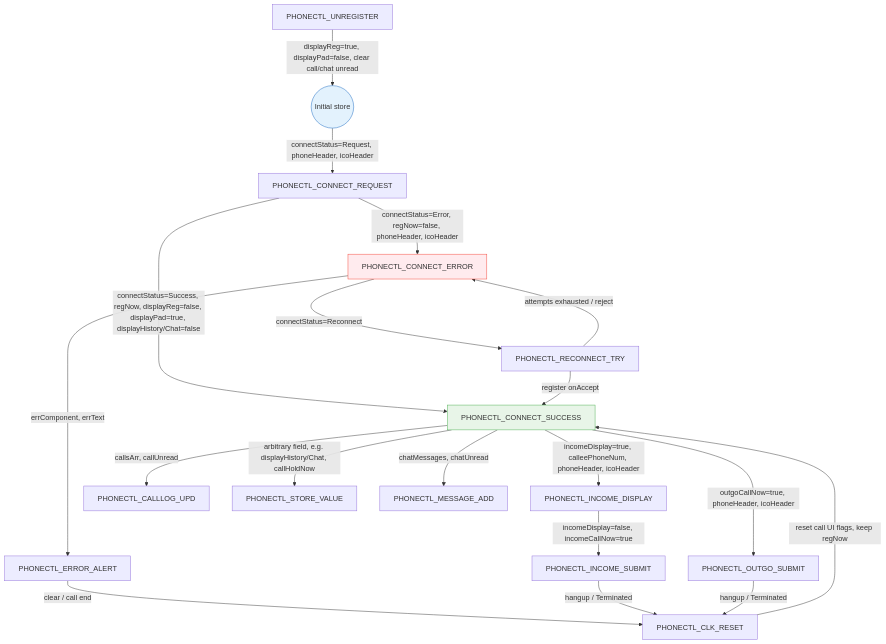
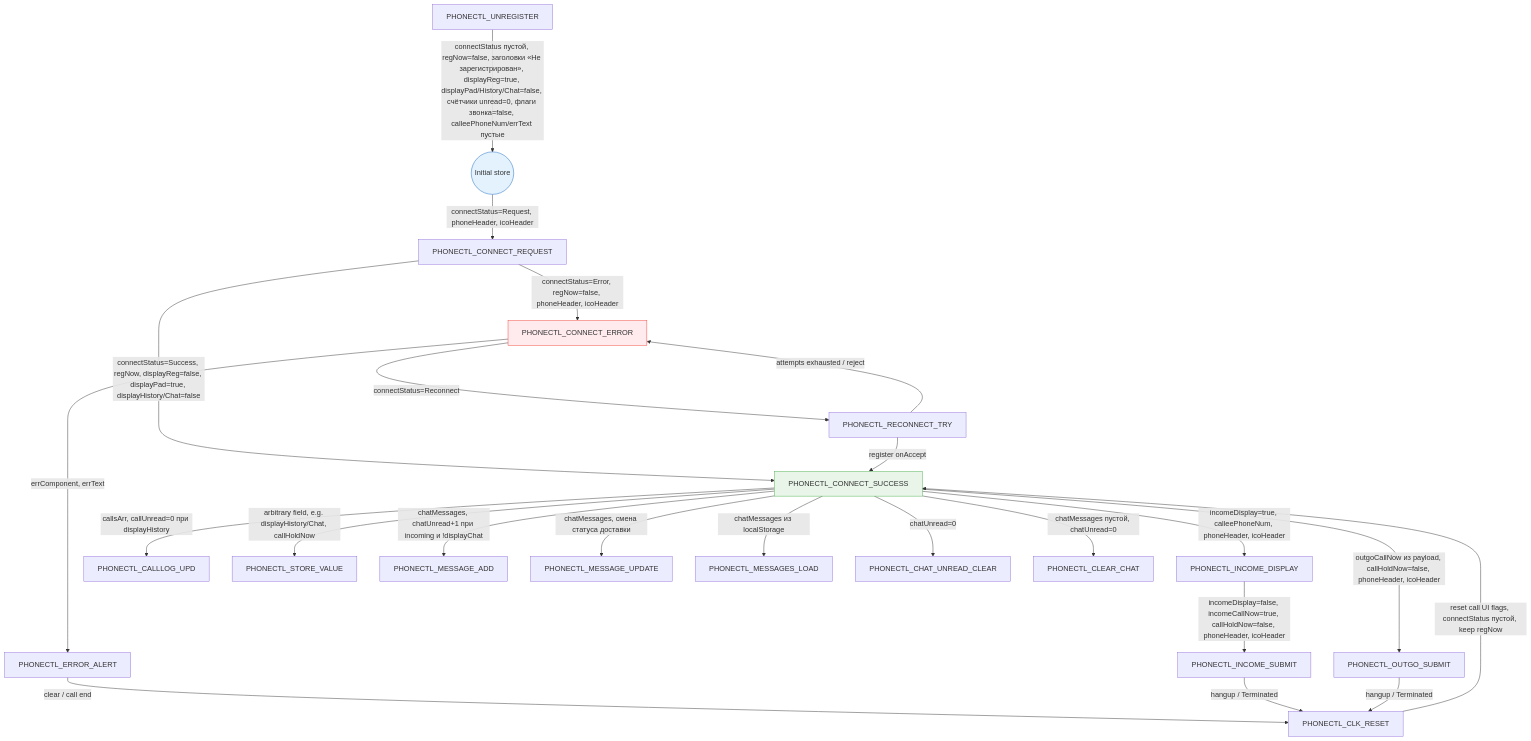
The second of 9 diagrams in docs/STATE.md (ars-anosov/sipjs-react), drawn with Mermaid before and after one commit. The commit also changed other lines of this file and 13 other files, not shown here.

````diff
--- a/docs/STATE.md
+++ b/docs/STATE.md
@@ -36,44 +42,52 @@
 ```mermaid
 flowchart TD
   Init@{ shape: circle, label: "Initial store" }
   CR[PHONECTL_CONNECT_REQUEST]
   CS[PHONECTL_CONNECT_SUCCESS]
   CE[PHONECTL_CONNECT_ERROR]
   RC[PHONECTL_RECONNECT_TRY]
   UN[PHONECTL_UNREGISTER]
   RS[PHONECTL_CLK_RESET]
   ID[PHONECTL_INCOME_DISPLAY]
   IS[PHONECTL_INCOME_SUBMIT]
   OS[PHONECTL_OUTGO_SUBMIT]
   CL[PHONECTL_CALLLOG_UPD]
   SV[PHONECTL_STORE_VALUE]
   EA[PHONECTL_ERROR_ALERT]
   MA[PHONECTL_MESSAGE_ADD]
+  MU[PHONECTL_MESSAGE_UPDATE]
+  ML[PHONECTL_MESSAGES_LOAD]
+  CU[PHONECTL_CHAT_UNREAD_CLEAR]
+  CC[PHONECTL_CLEAR_CHAT]
 
   Init -->|connectStatus=Request, phoneHeader, icoHeader| CR
   CR -->|connectStatus=Success, regNow, displayReg=false, displayPad=true, displayHistory/Chat=false| CS
   CR -->|connectStatus=Error, regNow=false, phoneHeader, icoHeader| CE
-  CS -->|outgoCallNow=true, phoneHeader, icoHeader| OS
+  CS -->|outgoCallNow из payload, callHoldNow=false, phoneHeader, icoHeader| OS
   CS -->|incomeDisplay=true, calleePhoneNum, phoneHeader, icoHeader| ID
-  ID -->|incomeDisplay=false, incomeCallNow=true| IS
-  CS -->|callsArr, callUnread| CL
+  ID -->|incomeDisplay=false, incomeCallNow=true, callHoldNow=false, phoneHeader, icoHeader| IS
+  CS -->|callsArr, callUnread=0 при displayHistory| CL
   CS -->|arbitrary field, e.g. displayHistory/Chat, callHoldNow| SV
-  CS -->|chatMessages, chatUnread| MA
+  CS -->|chatMessages, chatUnread+1 при incoming и !displayChat| MA
+  CS -->|chatMessages, смена статуса доставки| MU
+  CS -->|chatMessages из localStorage| ML
+  CS -->|chatUnread=0| CU
+  CS -->|chatMessages пустой, chatUnread=0| CC
   CE -->|connectStatus=Reconnect| RC
   RC -->|register onAccept| CS
   RC -->|attempts exhausted / reject| CE
   CE -->|errComponent, errText| EA
   EA -->|clear / call end| RS
   IS -->|hangup / Terminated| RS
   OS -->|hangup / Terminated| RS
-  RS -->|reset call UI flags, keep regNow| CS
-  UN -->|displayReg=true, displayPad=false, clear call/chat unread| Init
+  RS -->|reset call UI flags, connectStatus пустой, keep regNow| CS
+  UN -->|connectStatus пустой, regNow=false, заголовки «Не зарегистрирован», displayReg=true, displayPad/History/Chat=false, счётчики unread=0, флаги звонка=false, calleePhoneNum/errText пустые| Init
 
   classDef initial fill:#e3f2fd,stroke:#1565c0,stroke-width:1px
   classDef success fill:#e8f5e8,stroke:#4caf50,stroke-width:1px
   classDef error fill:#ffebee,stroke:#f44336,stroke-width:1px
 
   class Init initial
   class CS success
   class CE error
 ```
````
